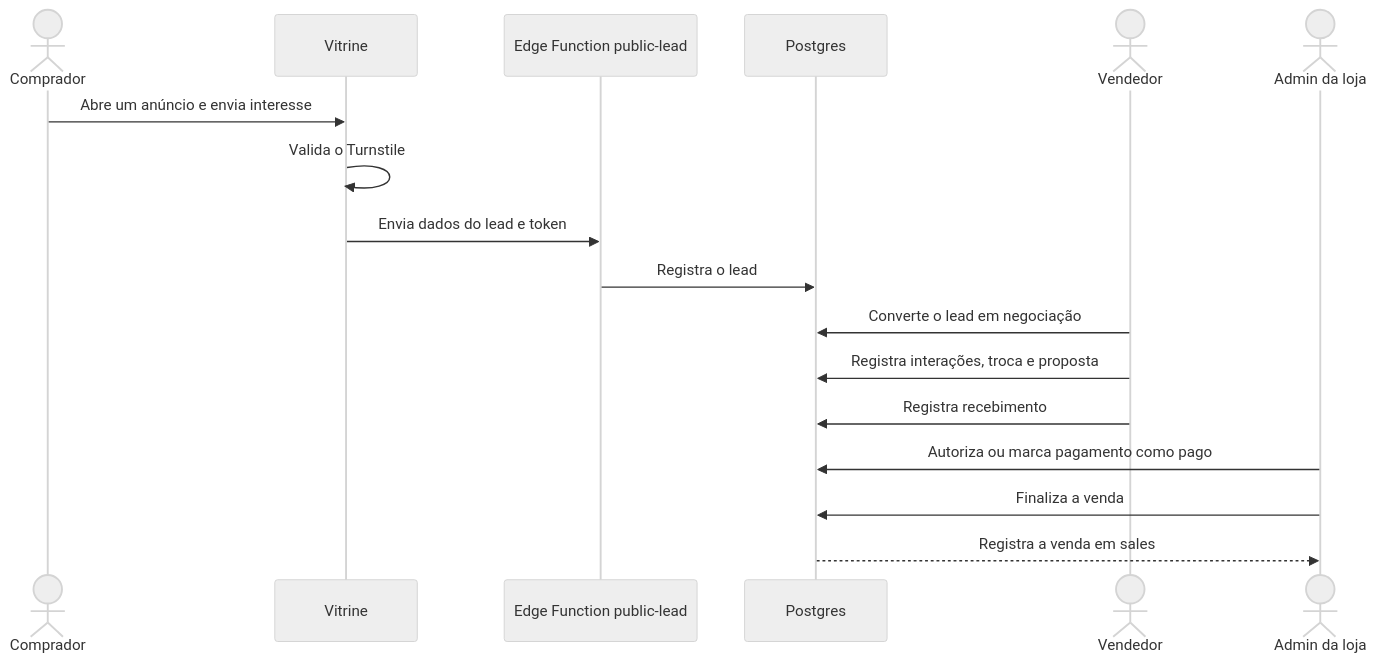
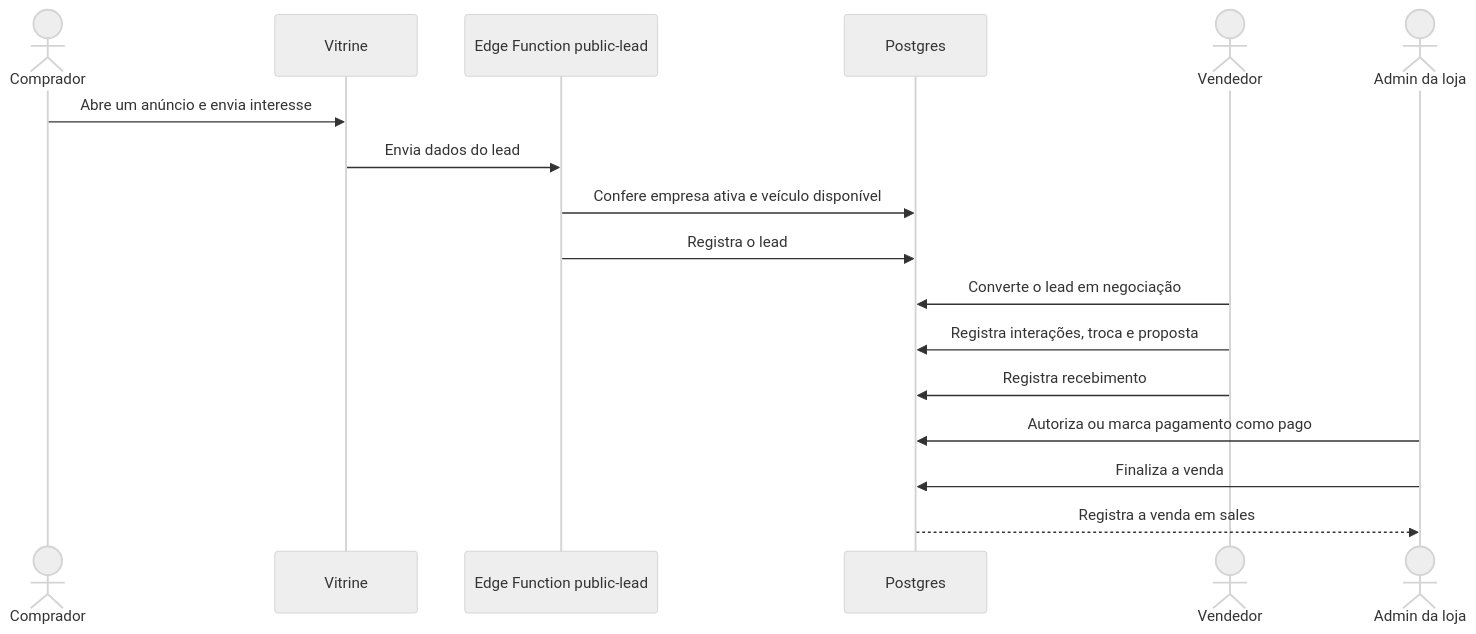
Before and after one commit to Junior0481/luxcar: the fourth of 4 diagrams in README.md, drawn with Mermaid (neutral theme). The commit also changed other lines of this file and 5 other files, not shown here.

````diff
--- a/README.md
+++ b/README.md
@@ -202,20 +200,20 @@
 ```mermaid
 sequenceDiagram
     actor C as Comprador
     participant V as Vitrine
     participant EF as Edge Function public-lead
     participant DB as Postgres
     actor S as Vendedor
     actor A as Admin da loja
 
     C->>V: Abre um anúncio e envia interesse
-    V->>V: Valida o Turnstile
-    V->>EF: Envia dados do lead e token
+    V->>EF: Envia dados do lead
+    EF->>DB: Confere empresa ativa e veículo disponível
     EF->>DB: Registra o lead
     S->>DB: Converte o lead em negociação
     S->>DB: Registra interações, troca e proposta
     S->>DB: Registra recebimento
     A->>DB: Autoriza ou marca pagamento como pago
     A->>DB: Finaliza a venda
     DB-->>A: Registra a venda em sales
 ```
````
